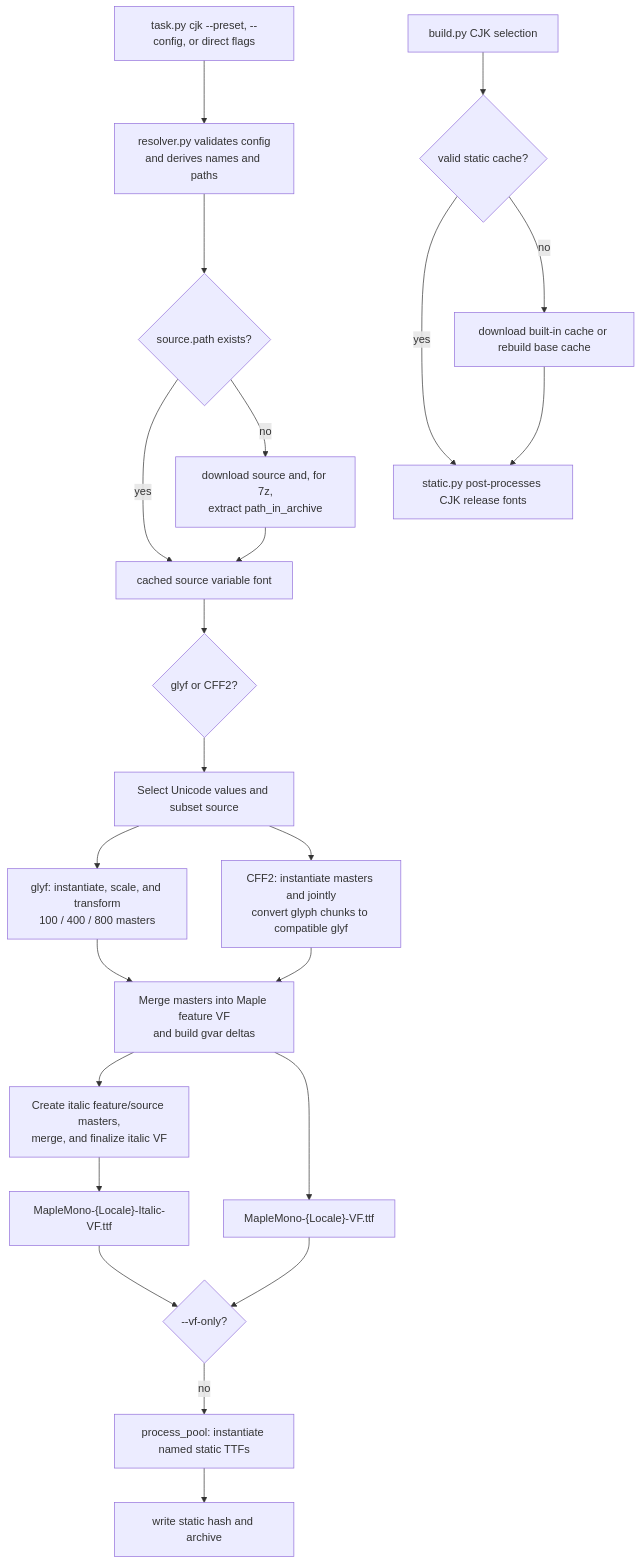
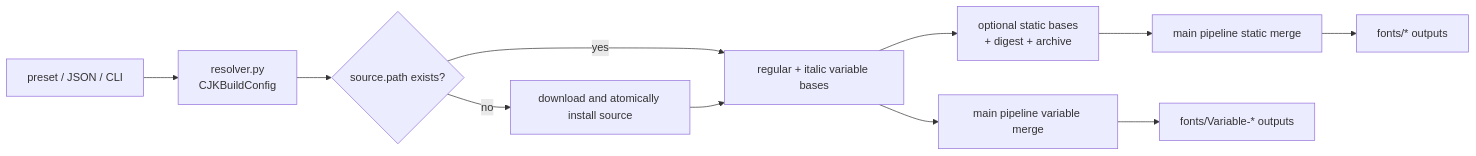
Before and after one commit to iaragoza2027/maple-font-taro: the diagram in scripts/cjk/README.md, drawn with Mermaid. The commit also changed other lines of this file and 10 other files, not shown here.

````diff
--- a/scripts/cjk/README.md
+++ b/scripts/cjk/README.md
@@ -166,26 +81,13 @@
 ```mermaid
-flowchart TD
-  CLI["task.py cjk --preset, --config, or direct flags"] --> CFG["resolver.py validates config<br/>and derives names and paths"]
-  CFG --> CACHE{"source.path exists?"}
-  CACHE -->|"yes"| SRC["cached source variable font"]
-  CACHE -->|"no"| DL["download source and, for 7z,<br/>extract path_in_archive"]
-  DL --> SRC
-  SRC --> DETECT{"glyf or CFF2?"}
-  DETECT --> SUB["Select Unicode values and subset source"]
-  SUB --> GLYF["glyf: instantiate, scale, and transform<br/>100 / 400 / 800 masters"]
-  SUB --> CFF2["CFF2: instantiate masters and jointly<br/>convert glyph chunks to compatible glyf"]
-  GLYF --> REG["Merge masters into Maple feature VF<br/>and build gvar deltas"]
-  CFF2 --> REG
-  REG --> IT["Create italic feature/source masters,<br/>merge, and finalize italic VF"]
-  REG --> OUTR["MapleMono-{Locale}-VF.ttf"]
-  IT --> OUTI["MapleMono-{Locale}-Italic-VF.ttf"]
-  OUTR --> VFONLY{"--vf-only?"}
-  OUTI --> VFONLY
-  VFONLY -->|"no"| STATIC["process_pool: instantiate named static TTFs"]
-  STATIC --> ARTIFACTS["write static hash and archive"]
-
-  MAIN["build.py CJK selection"] --> CHECK{"valid static cache?"}
-  CHECK -->|"yes"| POST["static.py post-processes CJK release fonts"]
-  CHECK -->|"no"| FALLBACK["download built-in cache or rebuild base cache"]
-  FALLBACK --> POST
+flowchart LR
+    INPUT["preset / JSON / CLI"] --> RESOLVE["resolver.py\nCJKBuildConfig"]
+    RESOLVE --> SOURCE{"source.path exists?"}
+    SOURCE -->|yes| VF["regular + italic variable bases"]
+    SOURCE -->|no| DOWNLOAD["download and atomically install source"]
+    DOWNLOAD --> VF
+    VF --> STATIC["optional static bases\n+ digest + archive"]
+    VF --> MERGE_VF["main pipeline variable merge"]
+    STATIC --> MERGE_STATIC["main pipeline static merge"]
+    MERGE_VF --> RELEASE["fonts/Variable-* outputs"]
+    MERGE_STATIC --> RELEASE_STATIC["fonts/* outputs"]
 ```
````
